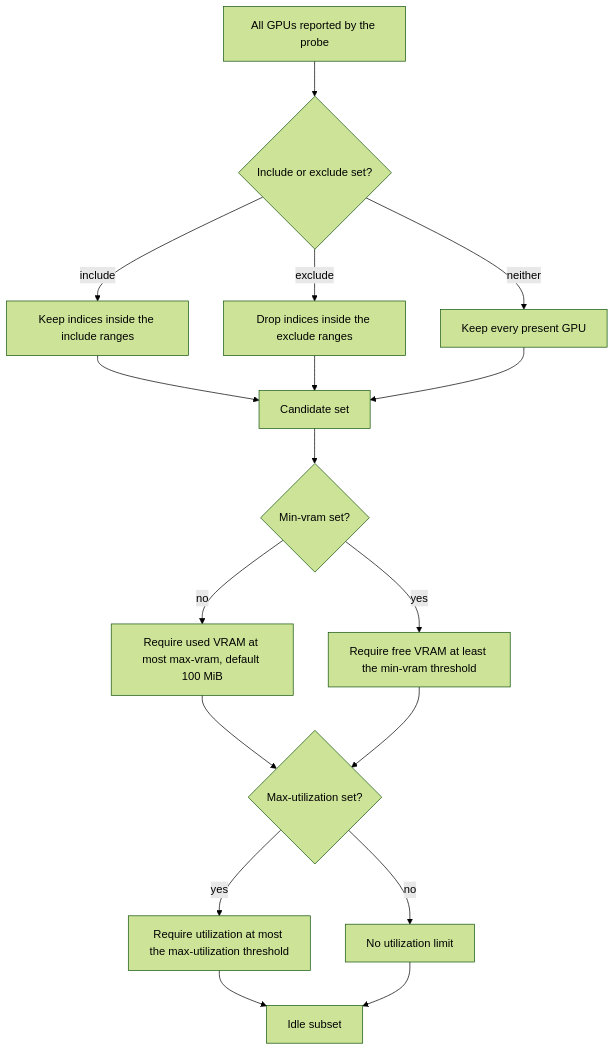
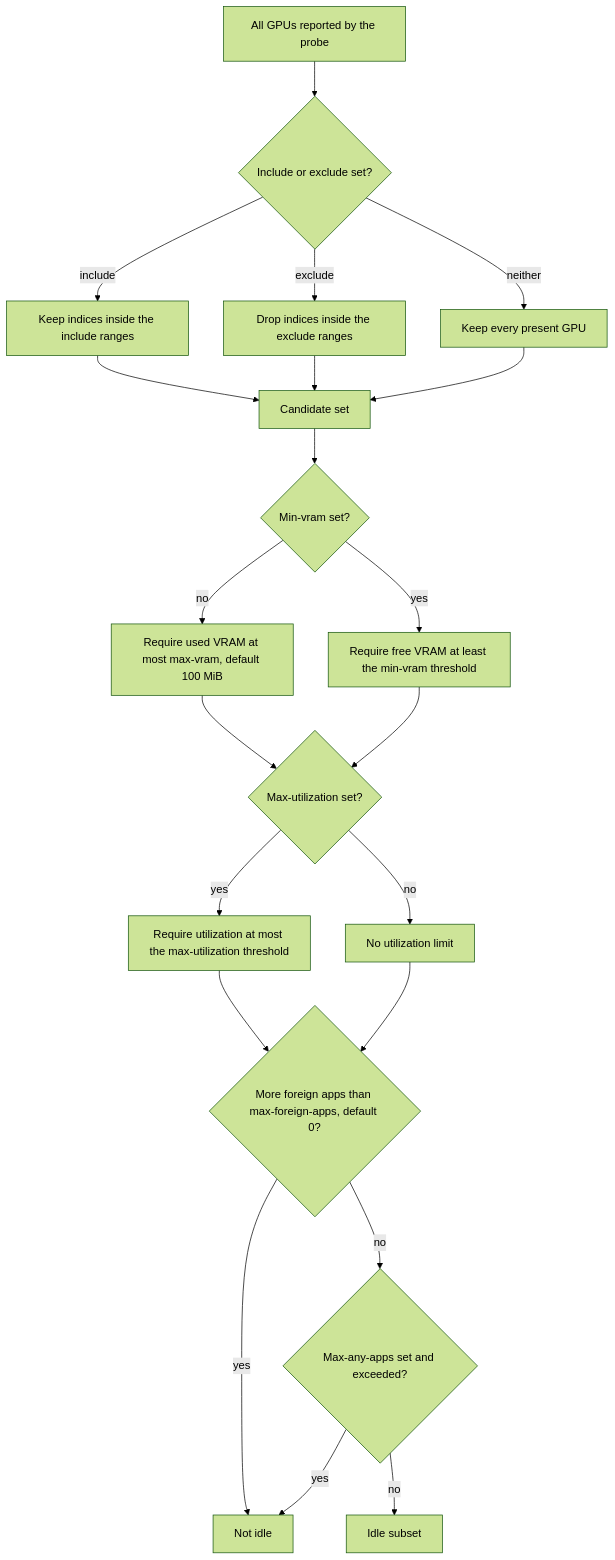
Before and after one commit to TeddyHuang-00/gq: the diagram in docs/filters.md, drawn with Mermaid (forest theme). The commit also changed other lines of this file and 8 other files, not shown here.

````diff
--- a/docs/filters.md
+++ b/docs/filters.md
@@ -10,19 +10,23 @@
 ```mermaid
 flowchart TD
     A["All GPUs reported by the probe"] --> B{"Include or exclude set?"}
     B -->|include| C["Keep indices inside the include ranges"]
     B -->|exclude| D["Drop indices inside the exclude ranges"]
     B -->|neither| E["Keep every present GPU"]
     C --> F["Candidate set"]
     D --> F
     E --> F
     F --> G{"Min-vram set?"}
     G -->|yes| H["Require free VRAM at least the min-vram threshold"]
     G -->|no| I["Require used VRAM at most max-vram, default 100 MiB"]
     I --> J{"Max-utilization set?"}
     H --> J
     J -->|yes| K["Require utilization at most the max-utilization threshold"]
     J -->|no| L["No utilization limit"]
-    K --> M["Idle subset"]
+    K --> M{"More foreign apps than max-foreign-apps, default 0?"}
     L --> M
+    M -->|yes| N["Not idle"]
+    M -->|no| O{"Max-any-apps set and exceeded?"}
+    O -->|yes| N
+    O -->|no| P["Idle subset"]
 ```
````
